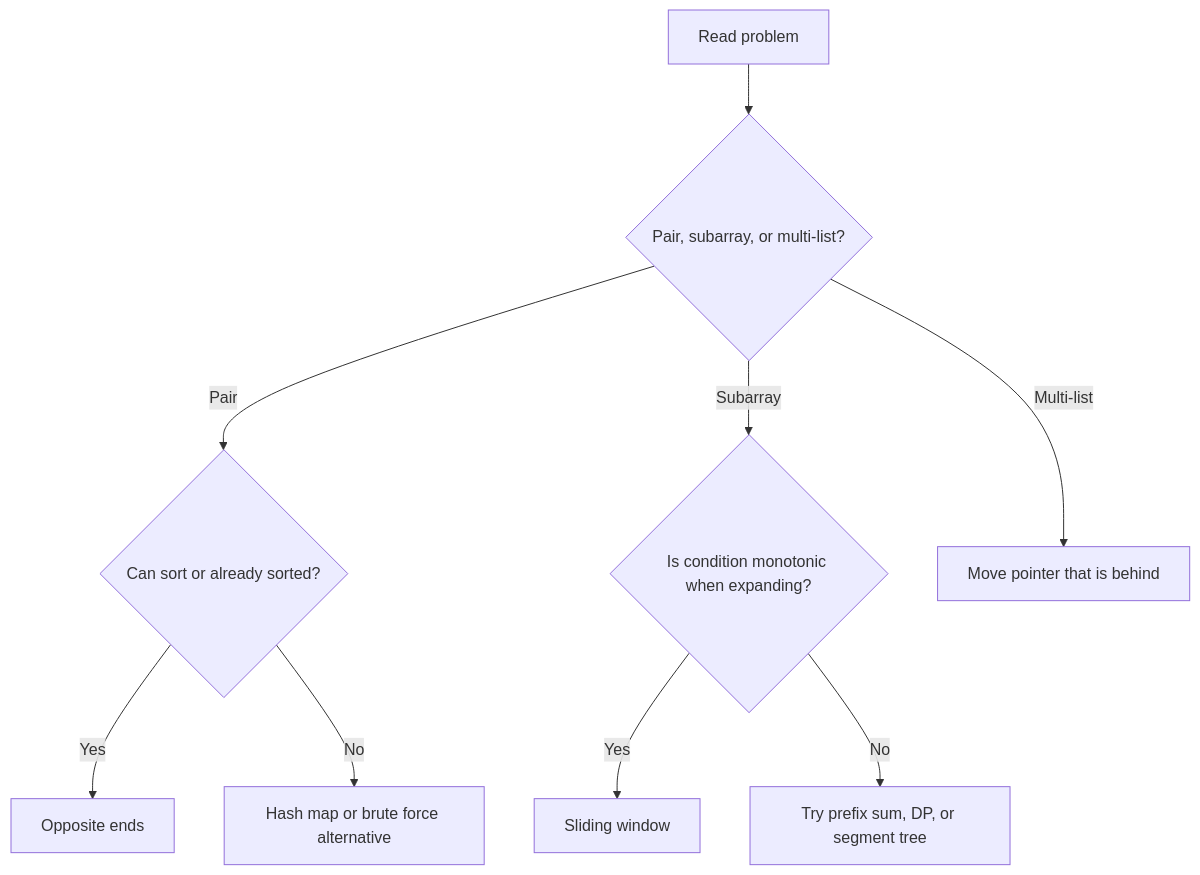
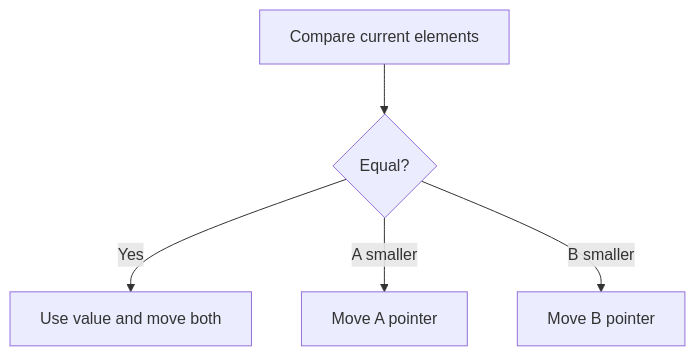
Before and after one commit to mthaiseer/springcloud-systemdesign-notes: diagram 16 of 36 in CP_DSA_NOTES/CONCEPT_FRAMEWORK_FORMS_TATICS/two_pointers_sliding_window_playbook.md, drawn with Mermaid. The commit also changed other lines of this file, not shown here.

````diff
--- a/CP_DSA_NOTES/CONCEPT_FRAMEWORK_FORMS_TATICS/two_pointers_sliding_window_playbook.md
+++ b/CP_DSA_NOTES/CONCEPT_FRAMEWORK_FORMS_TATICS/two_pointers_sliding_window_playbook.md
@@ -300,13 +443,7 @@
 ```mermaid
 flowchart TD
-    A["Read problem"] --> B{"Pair, subarray, or multi-list?"}
-    B -->|"Pair"| C{"Can sort or already sorted?"}
-    B -->|"Subarray"| D{"Is condition monotonic when expanding?"}
-    B -->|"Multi-list"| E["Move pointer that is behind"]
-
-    C -->|"Yes"| F["Opposite ends"]
-    C -->|"No"| G["Hash map or brute force alternative"]
-
-    D -->|"Yes"| H["Sliding window"]
-    D -->|"No"| I["Try prefix sum, DP, or segment tree"]
+    A["Compare current elements"] --> B{"Equal?"}
+    B -->|"Yes"| C["Use value and move both"]
+    B -->|"A smaller"| D["Move A pointer"]
+    B -->|"B smaller"| E["Move B pointer"]
 ```
````
